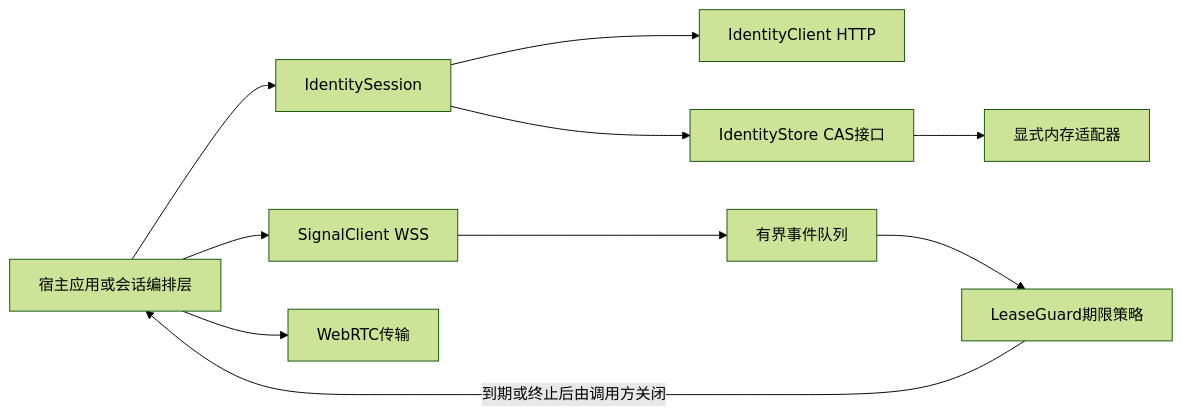
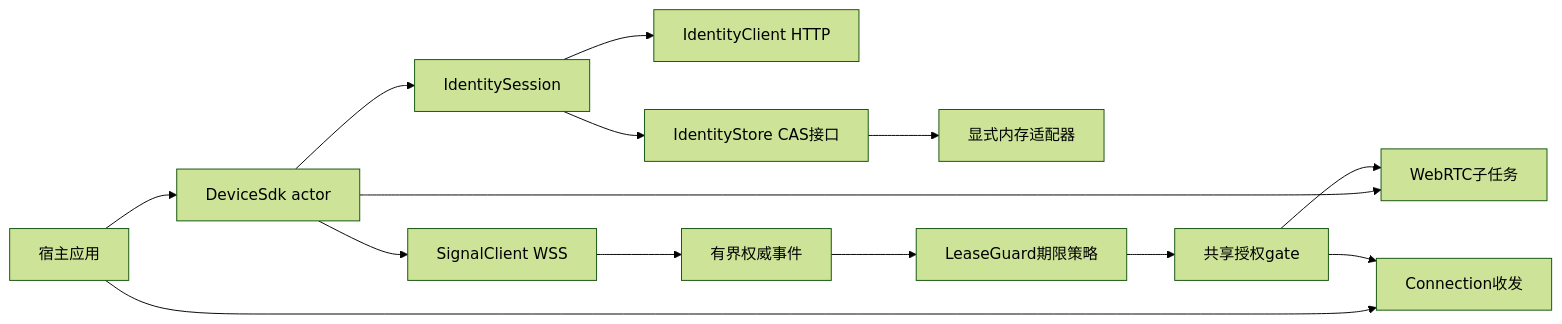
Before and after one commit to barry-ran/peerloom: the first of 3 diagrams in docs/SDK身份与信令模块.md, drawn with Mermaid (forest theme). The commit also changed other lines of this file and 17 other files, not shown here.

````diff
--- a/docs/SDK身份与信令模块.md
+++ b/docs/SDK身份与信令模块.md
@@ -5,12 +5,16 @@
 ```mermaid
 flowchart LR
-    Caller[宿主应用或会话编排层] --> Identity[IdentitySession]
+    App[宿主应用] --> SDK[DeviceSdk actor]
+    SDK --> Identity[IdentitySession]
     Identity --> HTTP[IdentityClient HTTP]
     Identity --> Store[IdentityStore CAS接口]
     Store --> Memory[显式内存适配器]
-    Caller --> Signal[SignalClient WSS]
-    Signal --> Events[有界事件队列]
+    SDK --> Signal[SignalClient WSS]
+    Signal --> Events[有界权威事件]
     Events --> Lease[LeaseGuard期限策略]
-    Caller --> Transport[WebRTC传输]
-    Lease -->|到期或终止后由调用方关闭| Caller
+    SDK --> Worker[WebRTC子任务]
+    Lease --> Gate[共享授权gate]
+    App --> Connection[Connection收发]
+    Gate --> Connection
+    Gate --> Worker
 ```
````
